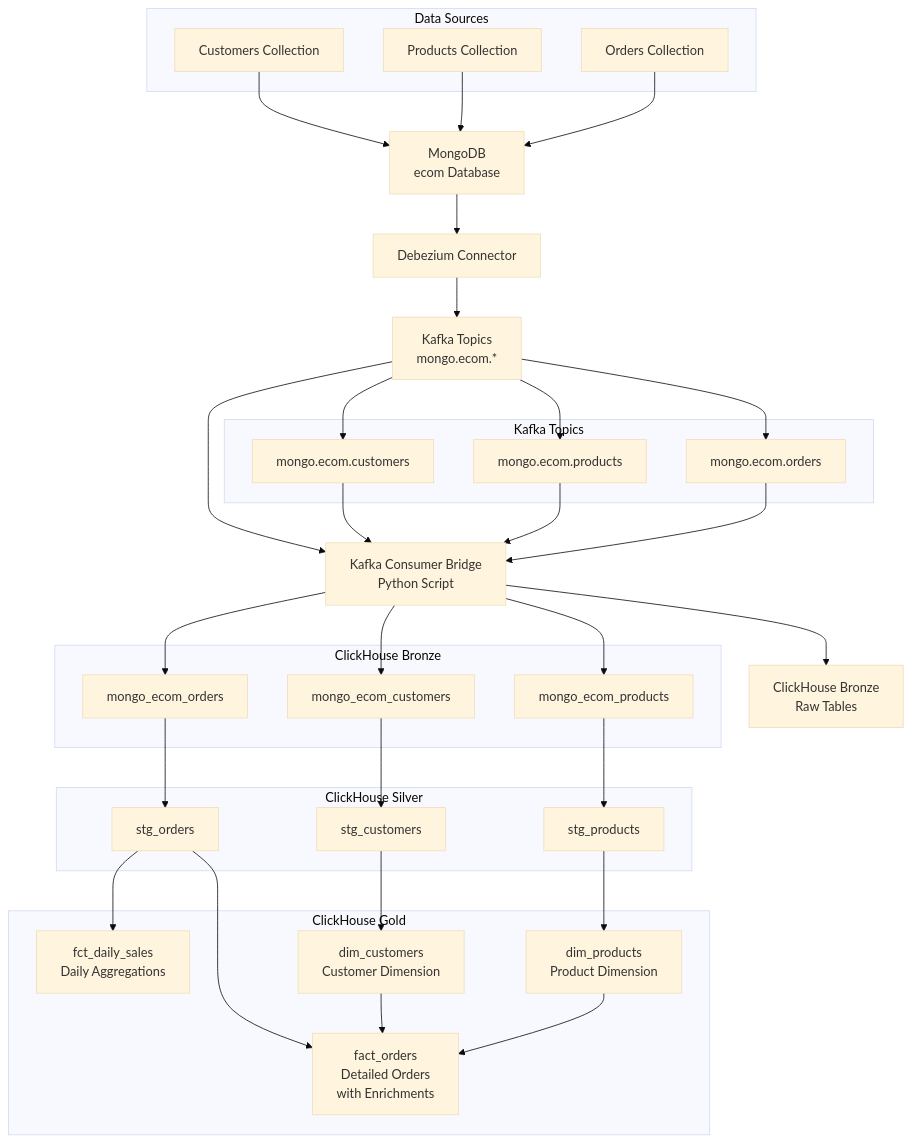
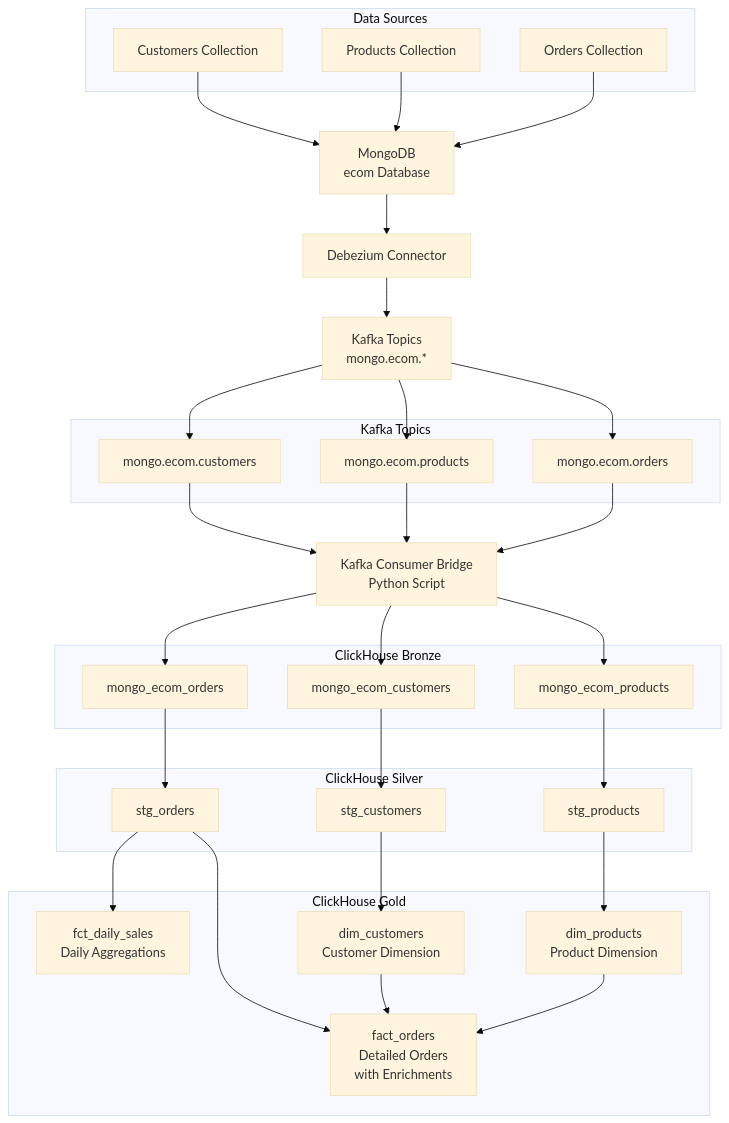
Before and after one commit to alponkk/Change-Data-Capture-E-Commerce: the diagram in README.md, drawn with Mermaid (base theme).

Commit message:
Refine data flow diagram in README by correcting node connections
- Removed redundant output node connection to improve clarity in the data flow representation from Kafka to ClickHouse.

````diff
--- a/README.md
+++ b/README.md
@@ -325,65 +325,64 @@
 ```mermaid
 graph TD
     A[MongoDB<br/>ecom Database] --> B[Debezium Connector]
     B --> C[Kafka Topics<br/>mongo.ecom.*]
-    C --> D[Kafka Consumer Bridge<br/>Python Script]
-    D --> E[ClickHouse Bronze<br/>Raw Tables]
+    D[Kafka Consumer Bridge<br/>Python Script]
     
     subgraph "Data Sources"
         A1[Customers Collection]
         A2[Products Collection] 
         A3[Orders Collection]
     end
     
     subgraph "Kafka Topics"
         C1[mongo.ecom.customers]
         C2[mongo.ecom.products]
         C3[mongo.ecom.orders]
     end
     
     subgraph "ClickHouse Bronze"
         E1[mongo_ecom_customers]
         E2[mongo_ecom_products]
         E3[mongo_ecom_orders]
     end
     
     subgraph "ClickHouse Silver"
         G1[stg_customers]
         G2[stg_products]
         G3[stg_orders]
     end
     
     subgraph "ClickHouse Gold"
         H1[fct_daily_sales<br/>Daily Aggregations]
         H2[dim_customers<br/>Customer Dimension]
         H3[dim_products<br/>Product Dimension]
         H4[fact_orders<br/>Detailed Orders<br/>with Enrichments]
     end
     
     A1 --> A
     A2 --> A
     A3 --> A
     
     C --> C1
     C --> C2
     C --> C3
     
     C1 --> D
     C2 --> D
     C3 --> D
     
     D --> E1
     D --> E2
     D --> E3
     
     E1 --> G1
     E2 --> G2
     E3 --> G3
     
     G1 --> H2
     G2 --> H3
     G3 --> H1
     G3 --> H4
     H2 --> H4
     H3 --> H4
 ```
````
